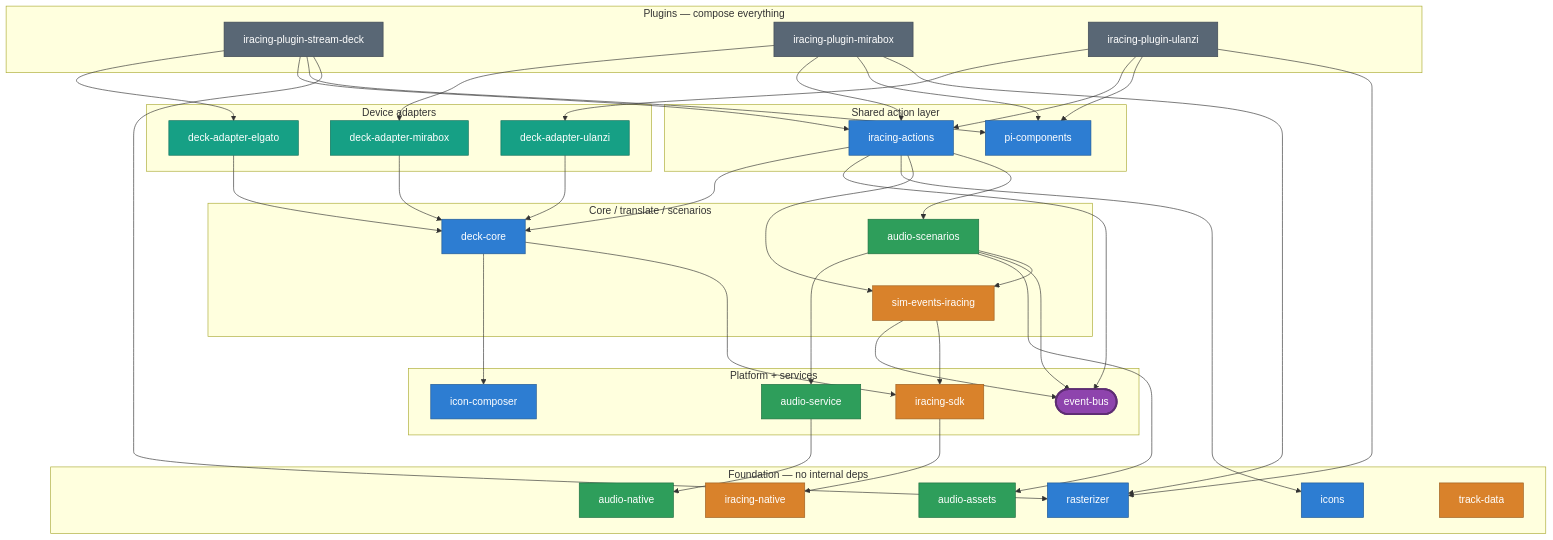
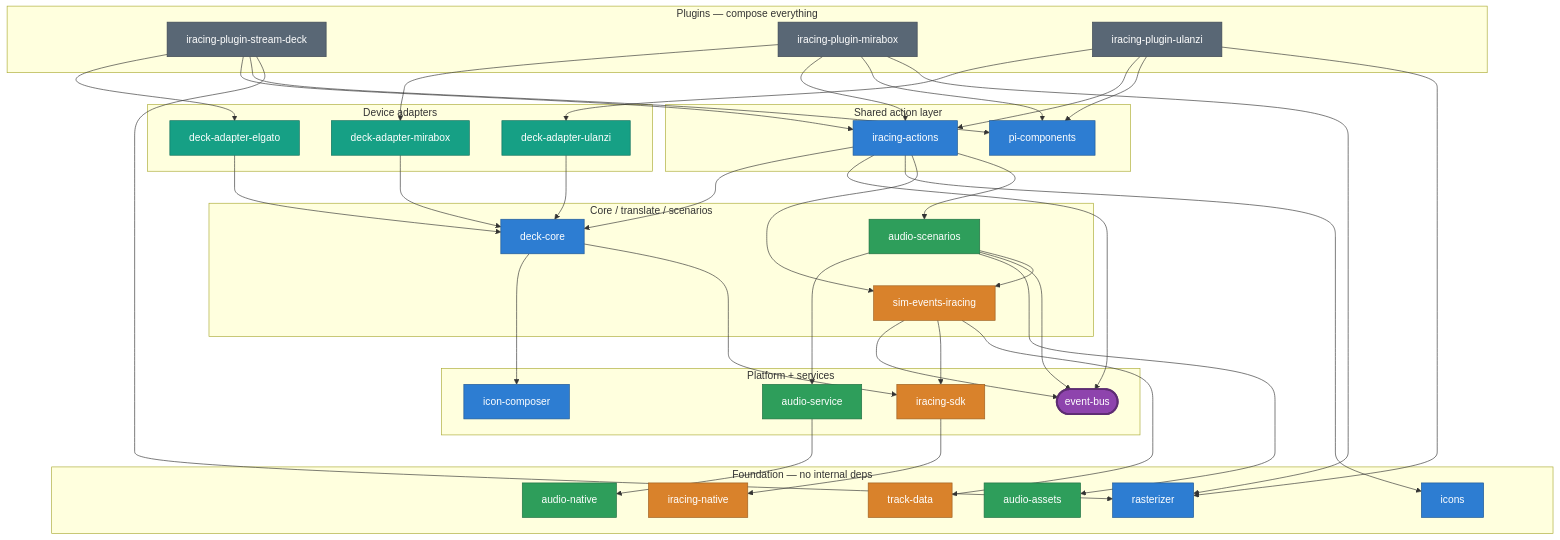
One commit to niklam/iracedeck changed the fifth of 5 diagrams in packages/website/src/content/docs/docs/development/architecture.md. Above: the diagram before and after it, drawn with Mermaid. The commit also changed 473 other files, not shown here.

````diff
--- a/packages/website/src/content/docs/docs/development/architecture.md
+++ b/packages/website/src/content/docs/docs/development/architecture.md
@@ -174,78 +174,79 @@
 ```mermaid
 flowchart TB
   subgraph plugins["Plugins — compose everything"]
     psd["iracing-plugin-stream-deck"]:::plugin
     pmb["iracing-plugin-mirabox"]:::plugin
     pul["iracing-plugin-ulanzi"]:::plugin
   end
   subgraph adapters["Device adapters"]
     aelg["deck-adapter-elgato"]:::adp
     amb["deck-adapter-mirabox"]:::adp
     aul["deck-adapter-ulanzi"]:::adp
   end
   subgraph shared["Shared action layer"]
     acts["iracing-actions"]:::core
     pic["pi-components"]:::core
   end
   subgraph brain["Core / translate / scenarios"]
     dc["deck-core"]:::core
     sei["sim-events-iracing"]:::sim
     asc["audio-scenarios"]:::audio
   end
   subgraph platform["Platform + services"]
     sdk["iracing-sdk"]:::sim
     eb(["event-bus"]):::seam
     asv["audio-service"]:::audio
     ic["icon-composer"]:::core
   end
   subgraph foundation["Foundation — no internal deps"]
     icons["icons"]:::core
     rast["rasterizer"]:::core
     pinat["iracing-native"]:::sim
     anat["audio-native"]:::audio
     aasset["audio-assets"]:::audio
     tdata["track-data"]:::sim
   end
 
   psd --> aelg
   pmb --> amb
   pul --> aul
   psd --> acts
   pmb --> acts
   pul --> acts
   psd --> pic
   pmb --> pic
   pul --> pic
   psd --> rast
   pmb --> rast
   pul --> rast
 
   aelg --> dc
   amb --> dc
   aul --> dc
 
   acts --> dc
   acts --> eb
   acts --> icons
   acts --> sei
   acts --> asc
 
   dc --> ic
   dc --> sdk
   sei --> eb
   sei --> sdk
+  sei --> tdata
   asc --> asv
   asc --> aasset
   asc --> eb
   asc --> sei
 
   sdk --> pinat
   asv --> anat
 
   classDef seam fill:#8e44ad,color:#fff,stroke:#5e2d73,stroke-width:3px;
   classDef sim fill:#d9822b,color:#fff,stroke:#9c5e1f;
   classDef core fill:#2d7dd2,color:#fff,stroke:#1f5793;
   classDef audio fill:#2e9e5b,color:#fff,stroke:#1f6e40;
   classDef adp fill:#16a085,color:#fff,stroke:#0e6f5c;
   classDef plugin fill:#596775,color:#fff,stroke:#3c4651;
 ```
````
